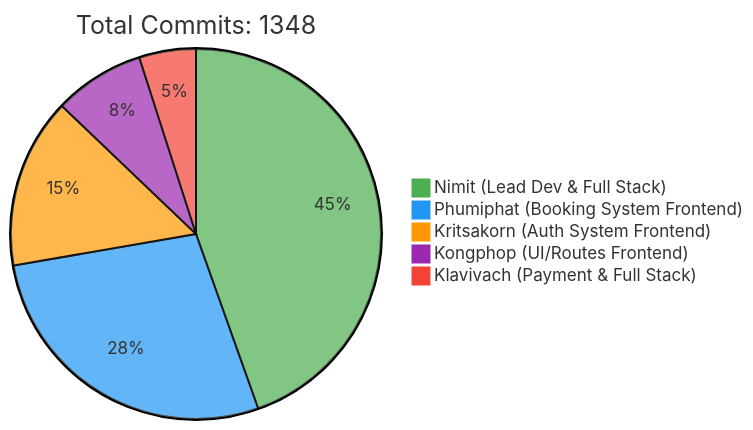
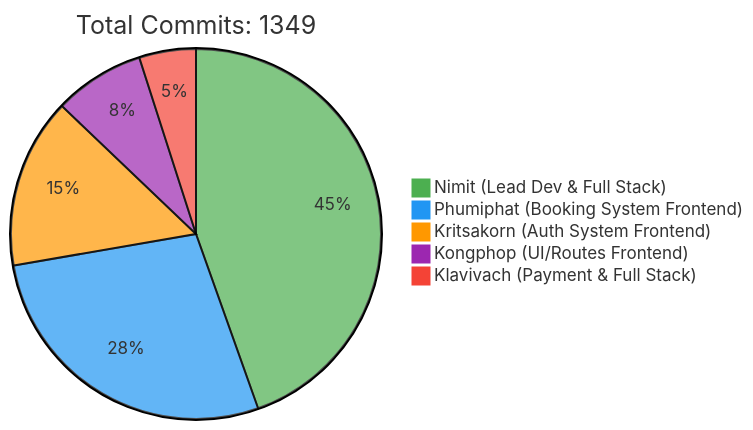
One commit to 6531503042/Sport-Complex changed the first of 2 diagrams in README.md. Above: the diagram before and after it, drawn with Mermaid. The commit also changed other lines of this file, not shown here.

Commit message:
docs: Update contributor statistics [skip ci]

````diff
--- a/README.md
+++ b/README.md
@@ -257,10 +257,10 @@
 ```mermaid
 %%{init: {'theme': 'base', 'themeVariables': { 'pie1': '#4CAF50', 'pie2': '#2196F3', 'pie3': '#FF9800', 'pie4': '#9C27B0', 'pie5': '#F44336'}}}%%
 pie
-    title Total Commits: 1348
+    title Total Commits: 1349
     "Nimit (Lead Dev & Full Stack)" : 450
     "Phumiphat (Booking System Frontend)" : 280
     "Kritsakorn (Auth System Frontend)" : 150
     "Kongphop (UI/Routes Frontend)" : 80
     "Klavivach (Payment & Full Stack)" : 50
 ```
````
